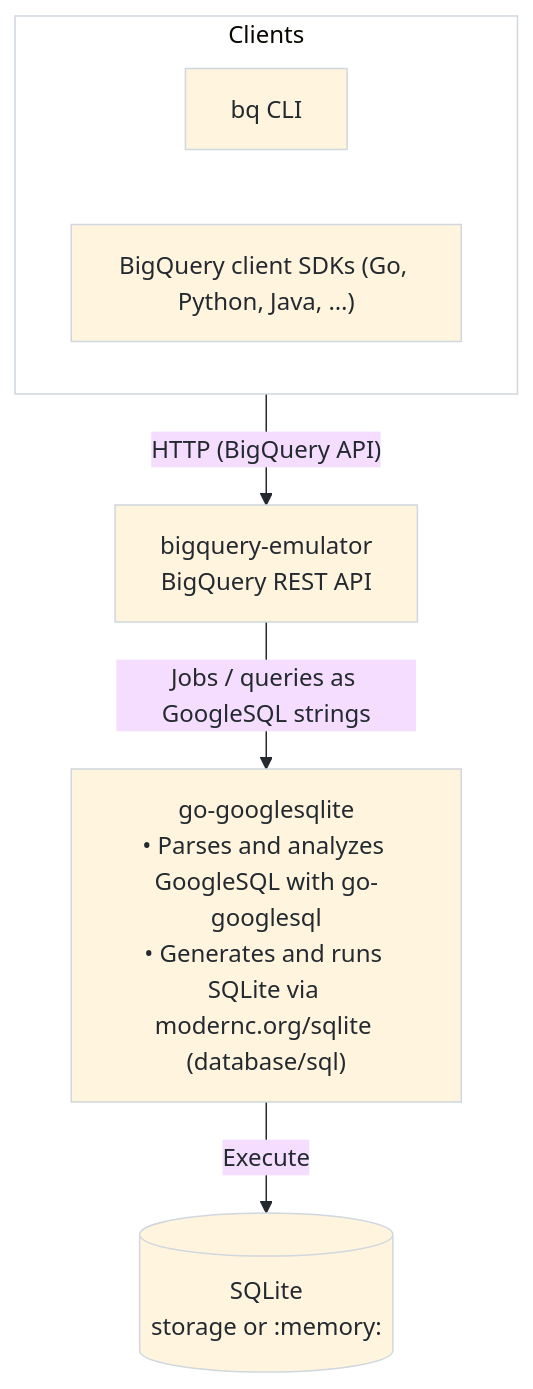
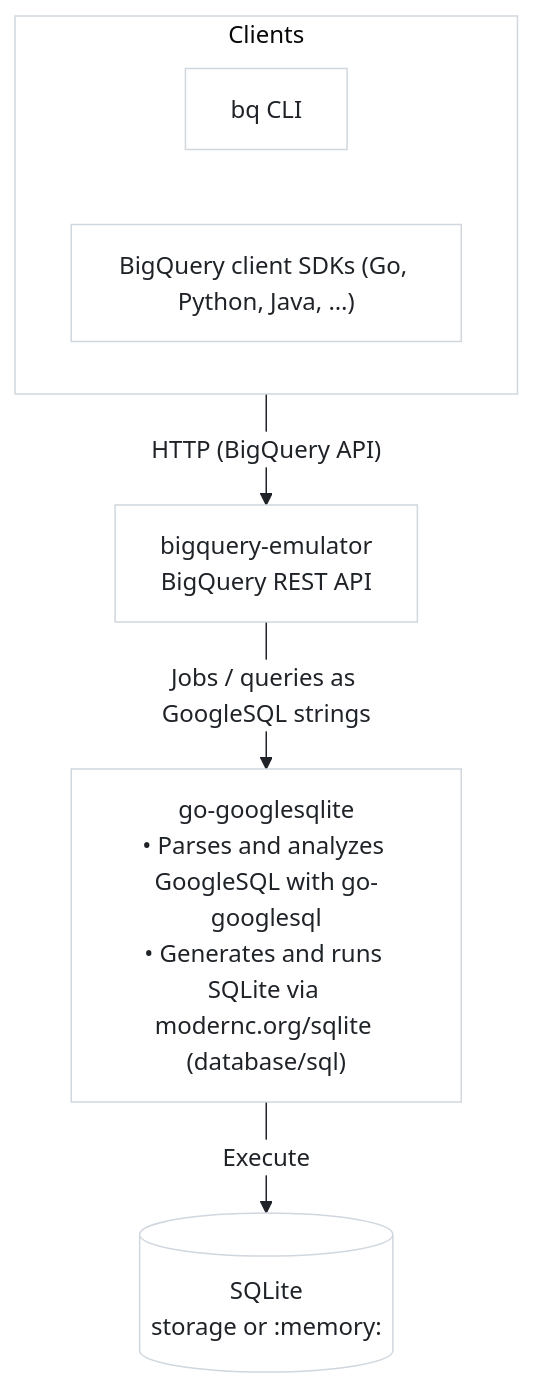
One commit to vantaboard/bigquery-emulator changed the first of 2 diagrams in README.md. Above: the diagram before and after it, drawn with Mermaid. The commit also changed other lines of this file, not shown here.

Commit message:
docs(readme): strengthen Mermaid theme for dark mode contrast
Set white canvas (background/mainBkg), darker lineColor/arrowheadColor, and
edgeLabelBackground/edgeLabelColor so flowchart edges and labels stay visible
on GitHub dark theme.

Made-with: Cursor

````diff
--- a/README.md
+++ b/README.md
@@ -289,16 +289,16 @@
 ```mermaid
-%%{init: {'theme':'base', 'themeVariables': {'background':'#f6f8fa','lineColor':'#24292f','primaryTextColor':'#24292f','primaryBorderColor':'#d0d7de','clusterBkg':'#ffffff','clusterBorder':'#d0d7de','arrowheadColor':'#24292f'}}}%%
+%%{init: {'theme':'base', 'themeVariables': {'background':'#ffffff','mainBkg':'#ffffff','clusterBkg':'#ffffff','lineColor':'#1f2328','arrowheadColor':'#1f2328','primaryTextColor':'#1f2328','primaryBorderColor':'#d0d7de','clusterBorder':'#d0d7de','edgeLabelBackground':'#ffffff','edgeLabelColor':'#1f2328','secondaryBkg':'#f6f8fa','tertiaryColor':'#f6f8fa'}}}%%
 flowchart TD
   subgraph clientLayer [Clients]
     direction LR
     bqCli[bq CLI]
     sdks["BigQuery client SDKs (Go, Python, Java, …)"]
   end
   bigqueryEmu["bigquery-emulator<br/>BigQuery REST API"]
   googlesqlite["go-googlesqlite<br/>• Parses and analyzes GoogleSQL with go-googlesql<br/>• Generates and runs SQLite via modernc.org/sqlite (database/sql)"]
   sqliteDb[(SQLite<br/>storage or :memory:)]
 
   clientLayer -->|"HTTP (BigQuery API)"| bigqueryEmu
   bigqueryEmu -->|"Jobs / queries as GoogleSQL strings"| googlesqlite
   googlesqlite -->|"Execute"| sqliteDb
 ```
````
